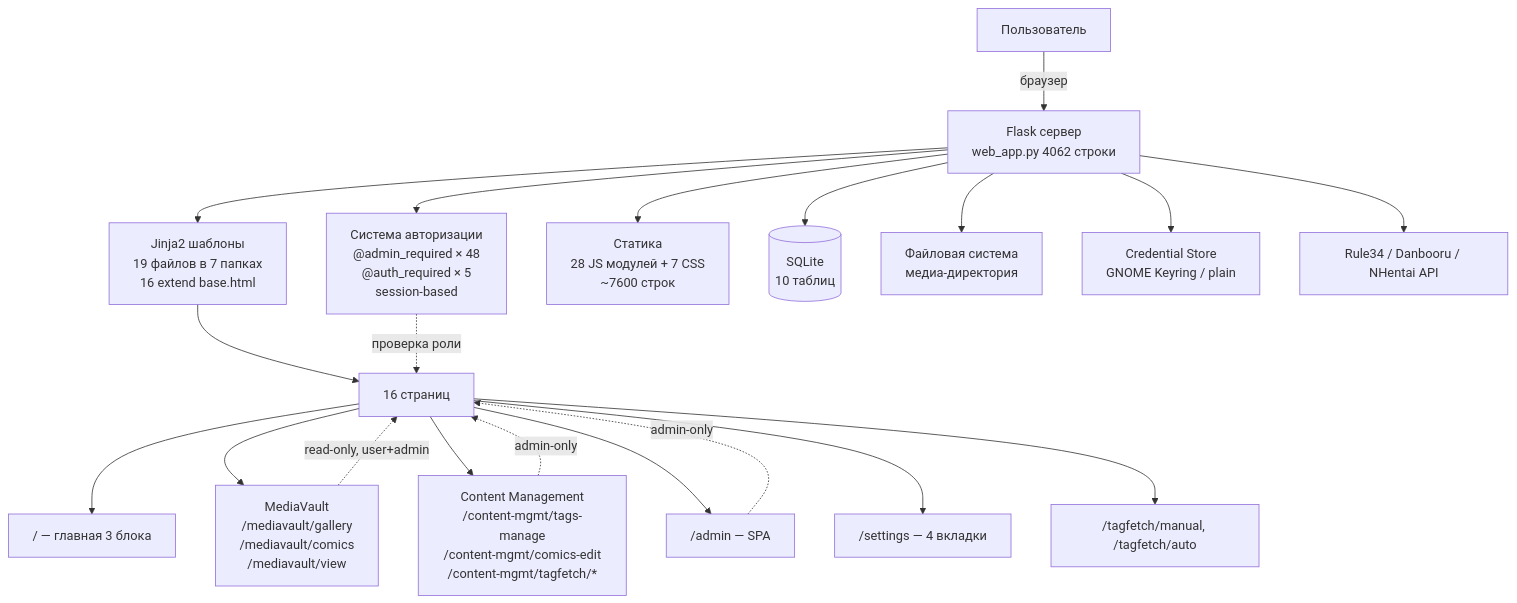
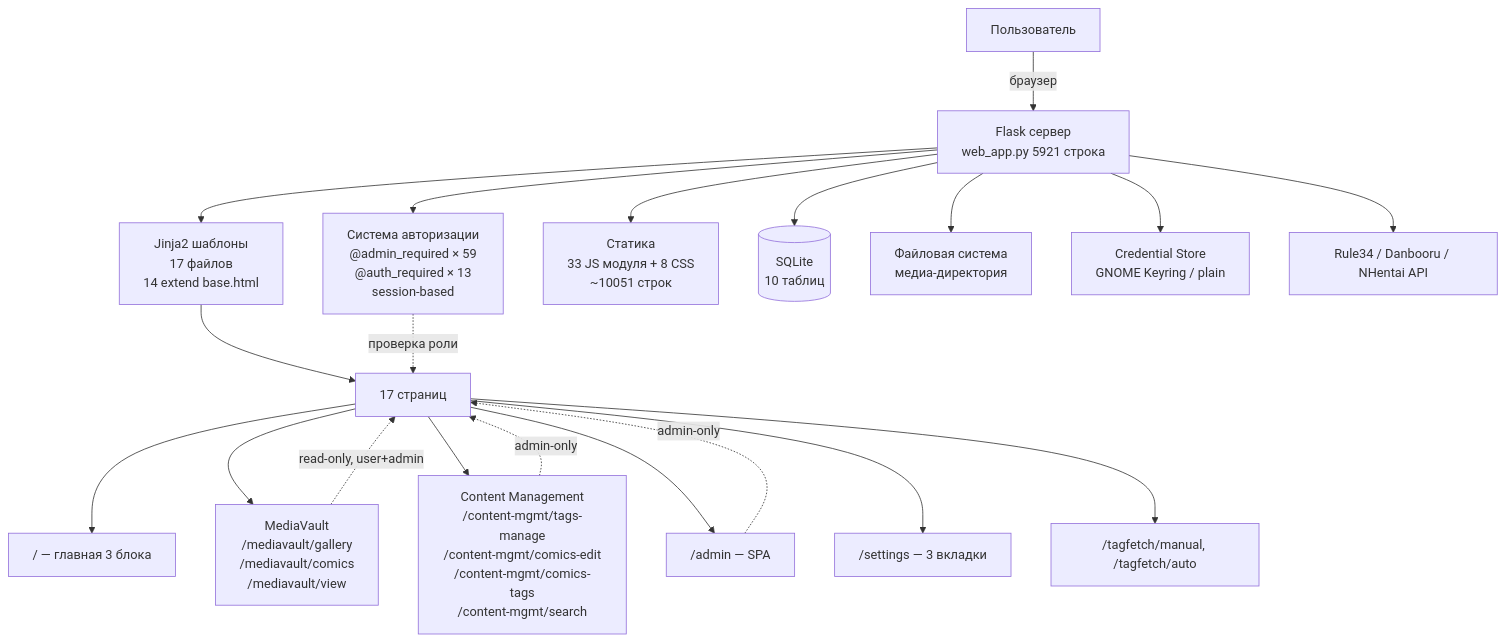
The first of 13 diagrams in docs/code-guide.md (levpr1c/MediaVault), drawn with Mermaid before and after one commit. The commit also changed other lines of this file and 21 other files, not shown here.

First line of the commit message:
Wave 1 cleanup (10 tasks) + Wave 2 card preview fix (content.css v=11)

````diff
--- a/docs/code-guide.md
+++ b/docs/code-guide.md
@@ -51,26 +51,26 @@
 ```mermaid
 flowchart TD
-    User[Пользователь] -->|браузер| Flask[Flask сервер<br/>web_app.py 4062 строки]
+    User[Пользователь] -->|браузер| Flask[Flask сервер<br/>web_app.py 5921 строка]
     
-    Flask --> Auth[Система авторизации<br/>@admin_required × 48<br/>@auth_required × 5<br/>session-based]
-    Flask --> Tpl[Jinja2 шаблоны<br/>19 файлов в 7 папках<br/>16 extend base.html]
-    Flask --> Static[Статика<br/>28 JS модулей + 7 CSS<br/>~7600 строк]
+    Flask --> Auth[Система авторизации<br/>@admin_required × 59<br/>@auth_required × 13<br/>session-based]
+    Flask --> Tpl[Jinja2 шаблоны<br/>17 файлов<br/>14 extend base.html]
+    Flask --> Static[Статика<br/>33 JS модуля + 8 CSS<br/>~10051 строк]
     Flask --> DB[(SQLite<br/>10 таблиц)]
     Flask --> FS[Файловая система<br/>медиа-директория]
     Flask --> Cred[Credential Store<br/>GNOME Keyring / plain]
     Flask --> API[Rule34 / Danbooru / NHentai API]
 
-    Tpl --> Pages[16 страниц]
+    Tpl --> Pages[17 страниц]
     Pages --> Home["/ — главная 3 блока"]
     Pages --> MV[MediaVault<br/>/mediavault/gallery<br/>/mediavault/comics<br/>/mediavault/view]
-    Pages --> CM[Content Management<br/>/content-mgmt/tags-manage<br/>/content-mgmt/comics-edit<br/>/content-mgmt/tagfetch/*]
+    Pages --> CM[Content Management<br/>/content-mgmt/tags-manage<br/>/content-mgmt/comics-edit<br/>/content-mgmt/comics-tags<br/>/content-mgmt/search]
     Pages --> Admin["/admin — SPA"]
-    Pages --> Settings["/settings — 4 вкладки"]
+    Pages --> Settings["/settings — 3 вкладки"]
     Pages --> TF["/tagfetch/manual, /tagfetch/auto"]
     
     MV -.->|read-only, user+admin| Pages
     CM -.->|admin-only| Pages
     Admin -.->|admin-only| Pages
     
     Auth -.->|проверка роли| Pages
 ```
````
